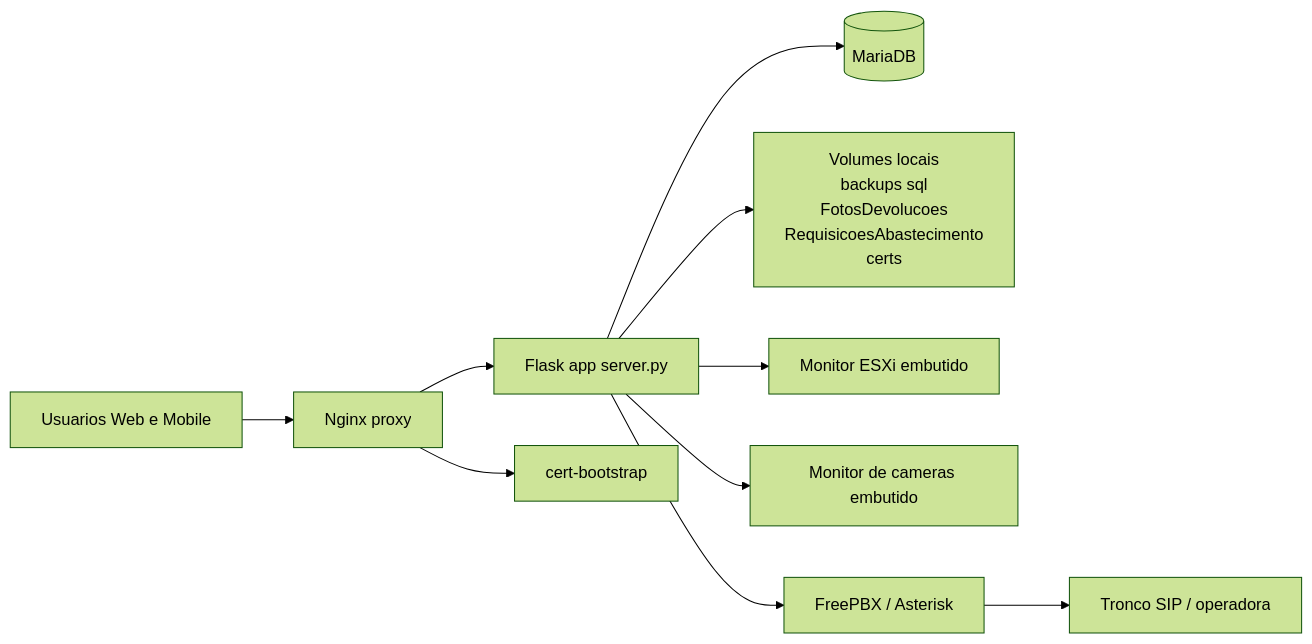
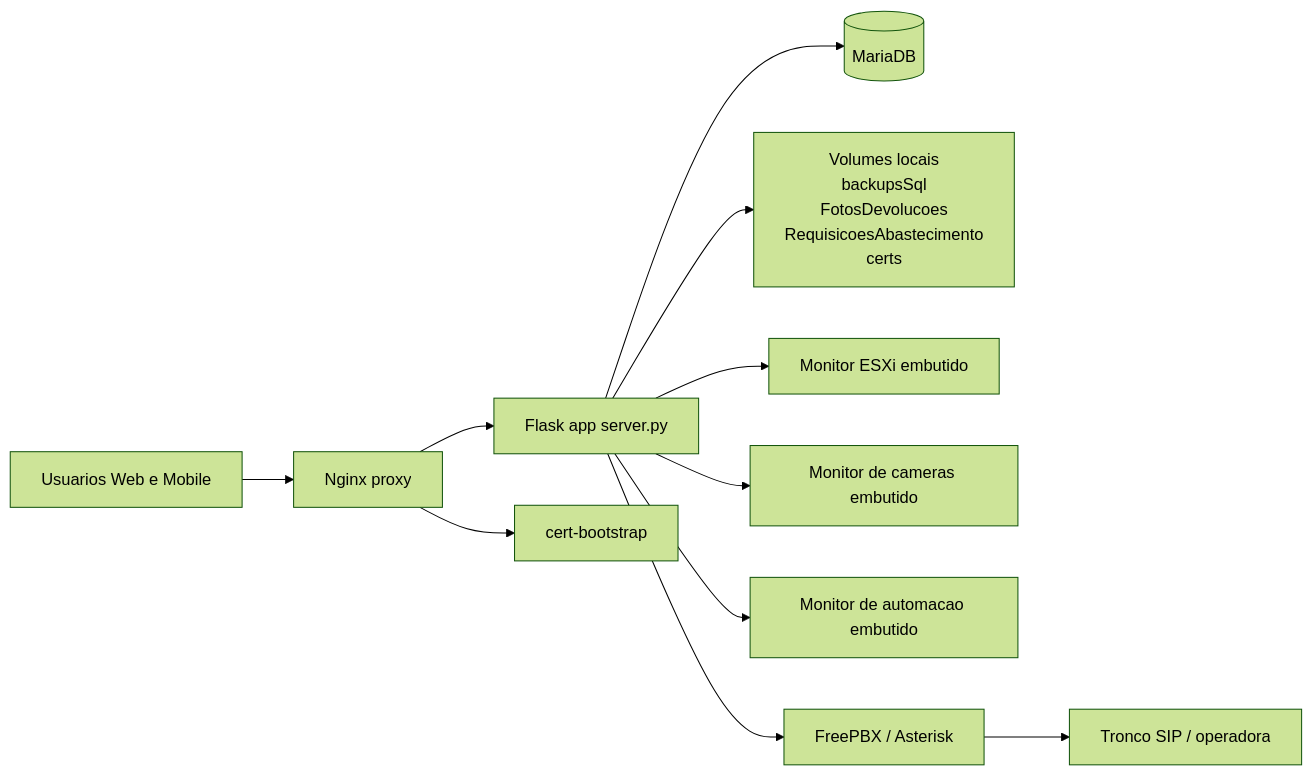
One commit to renansc/NanotechSoft changed the first of 9 diagrams in apps/riob/source/docs/ARQUITETURA_SISTEMA.md. Above: the diagram before and after it, drawn with Mermaid (forest theme). The commit also changed other lines of this file and 55 other files, not shown here.

````diff
--- a/apps/riob/source/docs/ARQUITETURA_SISTEMA.md
+++ b/apps/riob/source/docs/ARQUITETURA_SISTEMA.md
@@ -79,12 +83,13 @@
 ```mermaid
 flowchart LR
     U[Usuarios Web e Mobile] --> N[Nginx proxy]
     N --> A[Flask app server.py]
     A --> DB[(MariaDB)]
-    A --> FS[Volumes locais<br/>backups sql<br/>FotosDevolucoes<br/>RequisicoesAbastecimento<br/>certs]
+    A --> FS[Volumes locais<br/>backupsSql<br/>FotosDevolucoes<br/>RequisicoesAbastecimento<br/>certs]
     A --> E[Monitor ESXi embutido]
     A --> C[Monitor de cameras embutido]
+    A --> M[Monitor de automacao embutido]
     A --> PBX[FreePBX / Asterisk]
     PBX --> TRUNK[Tronco SIP / operadora]
     N --> CERT[cert-bootstrap]
 ```
````
